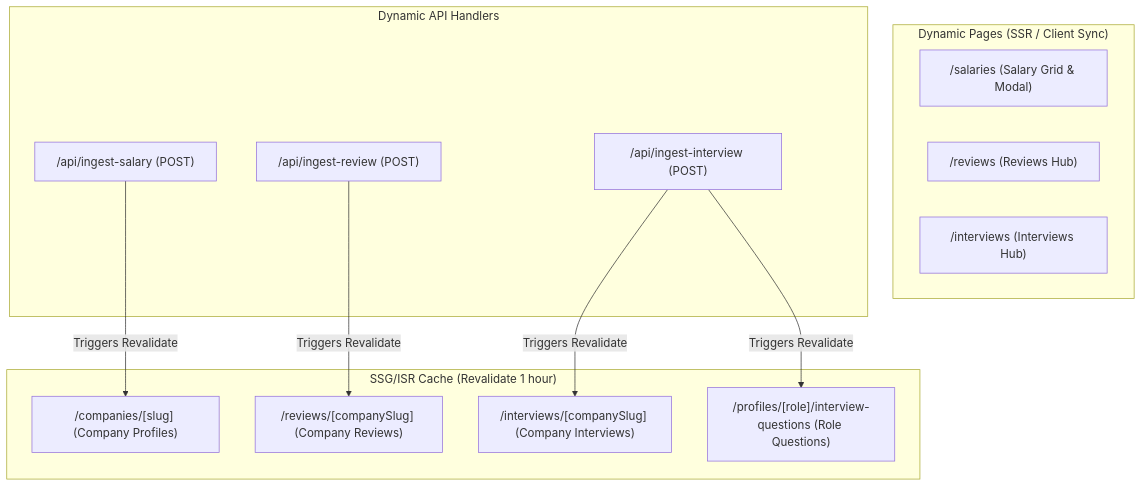
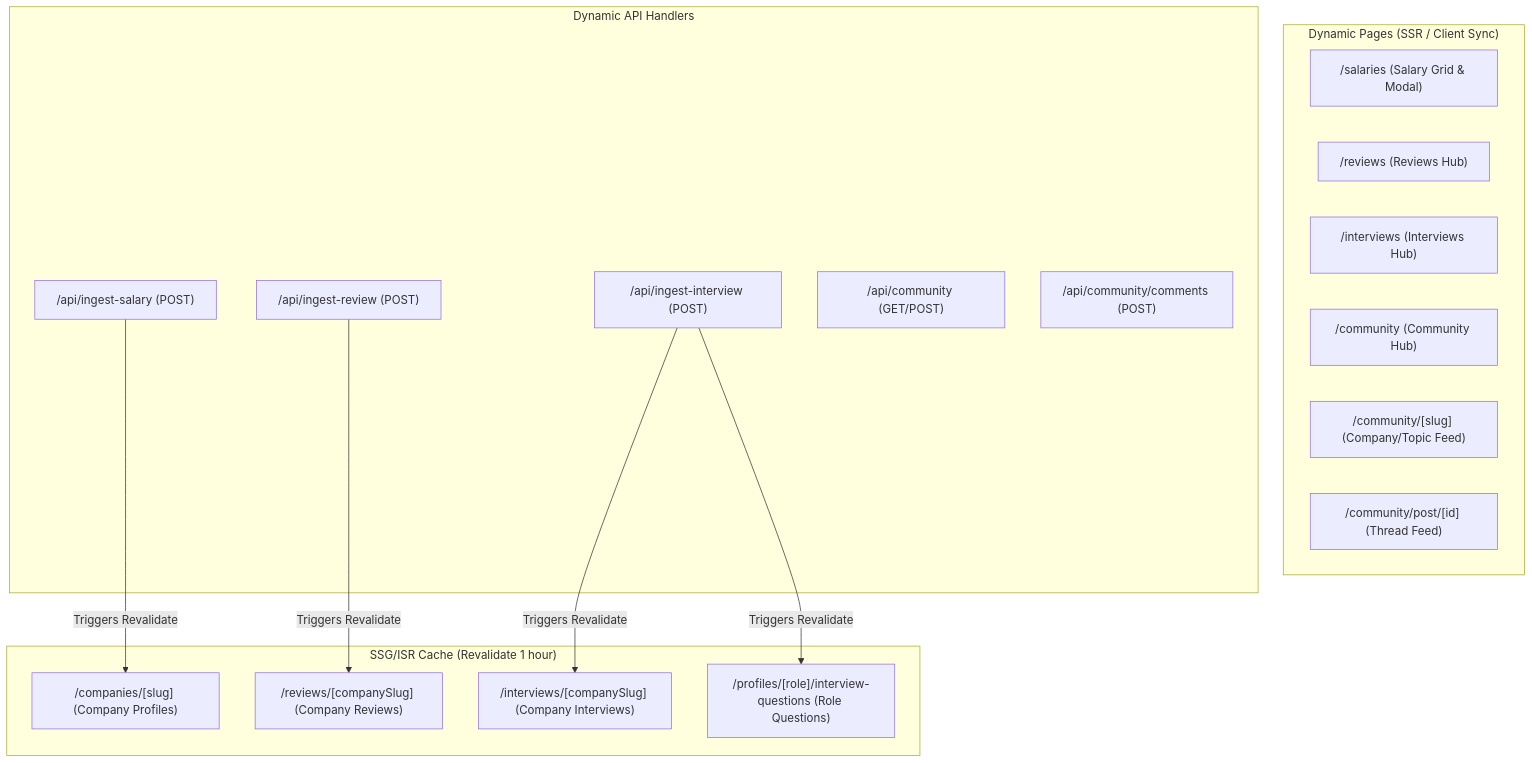
Before and after one commit to its-SamiKhan/TalentDash-FullStack: the second of 2 diagrams in README.md, drawn with Mermaid. The commit also changed other lines of this file, not shown here.

````diff
--- a/README.md
+++ b/README.md
@@ -93,22 +109,27 @@
 ```mermaid
 graph TD
     subgraph ssg_isr ["SSG/ISR Cache (Revalidate 1 hour)"]
         A["/companies/[slug] (Company Profiles)"]
         B["/reviews/[companySlug] (Company Reviews)"]
         C["/interviews/[companySlug] (Company Interviews)"]
         D["/profiles/[role]/interview-questions (Role Questions)"]
     end
     subgraph dynamic ["Dynamic Pages (SSR / Client Sync)"]
         E["/salaries (Salary Grid & Modal)"]
         F["/reviews (Reviews Hub)"]
         G["/interviews (Interviews Hub)"]
+        K["/community (Community Hub)"]
+        L["/community/[slug] (Company/Topic Feed)"]
+        M["/community/post/[id] (Thread Feed)"]
     end
     subgraph api ["Dynamic API Handlers"]
         H["/api/ingest-salary (POST)"]
         I["/api/ingest-review (POST)"]
         J["/api/ingest-interview (POST)"]
+        N["/api/community (GET/POST)"]
+        O["/api/community/comments (POST)"]
     end
     H -- Triggers Revalidate --> A
     I -- Triggers Revalidate --> B
     J -- Triggers Revalidate --> C & D
 ```
````
